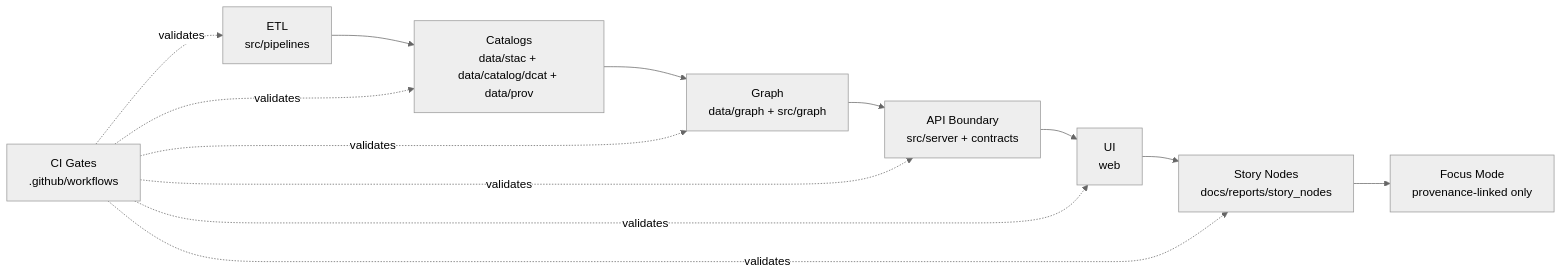
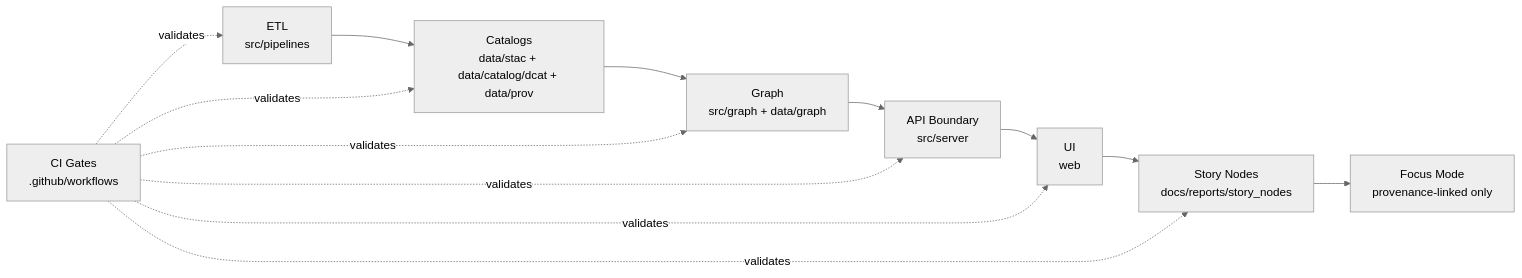
Before and after one commit to bartytime4life/Kansas-Frontier-Matrix: the first of 3 diagrams in .github/workflows/README.md, drawn with Mermaid (neutral theme). The commit also changed other lines of this file, not shown here.

```diff
--- a/.github/workflows/README.md
+++ b/.github/workflows/README.md
@@ -149,16 +195,16 @@
 ~~~mermaid
 flowchart LR
   A[ETL<br/>src/pipelines] --> B[Catalogs<br/>data/stac + data/catalog/dcat + data/prov]
-  B --> C[Graph<br/>data/graph + src/graph]
-  C --> D[API Boundary<br/>src/server + contracts]
+  B --> C[Graph<br/>src/graph + data/graph]
+  C --> D[API Boundary<br/>src/server]
   D --> E[UI<br/>web]
   E --> F[Story Nodes<br/>docs/reports/story_nodes]
   F --> G[Focus Mode<br/>provenance-linked only]
 
   CI[CI Gates<br/>.github/workflows] -. validates .-> A
   CI -. validates .-> B
   CI -. validates .-> C
   CI -. validates .-> D
   CI -. validates .-> E
   CI -. validates .-> F
 ~~~
```
